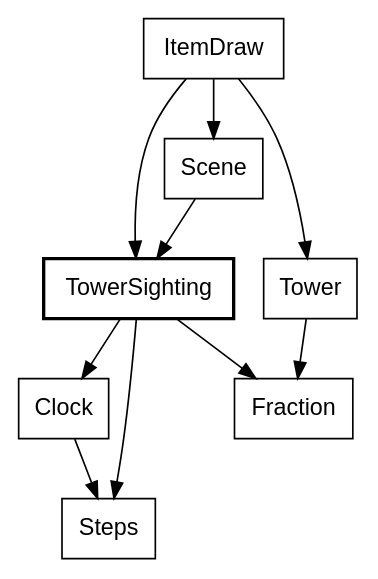
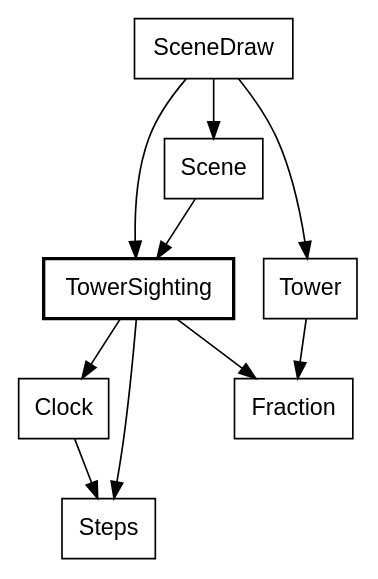
The tenth of 19 diagrams in canvas_apps/safari/tutorial/tutorial.md (showell/roc-apps), drawn with Graphviz before and after one commit. The commit also changed other lines of this file and 5 other files, not shown here.

First line of the commit message:
safari: ItemDraw becomes SceneDraw

````diff
--- a/canvas_apps/safari/tutorial/tutorial.md
+++ b/canvas_apps/safari/tutorial/tutorial.md
@@ -641,15 +641,15 @@
 ```dot
 digraph beacon {
   node [shape=box, fontname="Helvetica"];
   TowerSighting [style=bold];
-  ItemDraw -> Scene;
-  ItemDraw -> TowerSighting;
-  ItemDraw -> Tower;
+  SceneDraw -> Scene;
+  SceneDraw -> TowerSighting;
+  SceneDraw -> Tower;
   Scene -> TowerSighting;
   TowerSighting -> Clock;
   TowerSighting -> Steps;
   TowerSighting -> Fraction;
   Clock -> Steps;
   Tower -> Fraction;
 }
 ```
````
